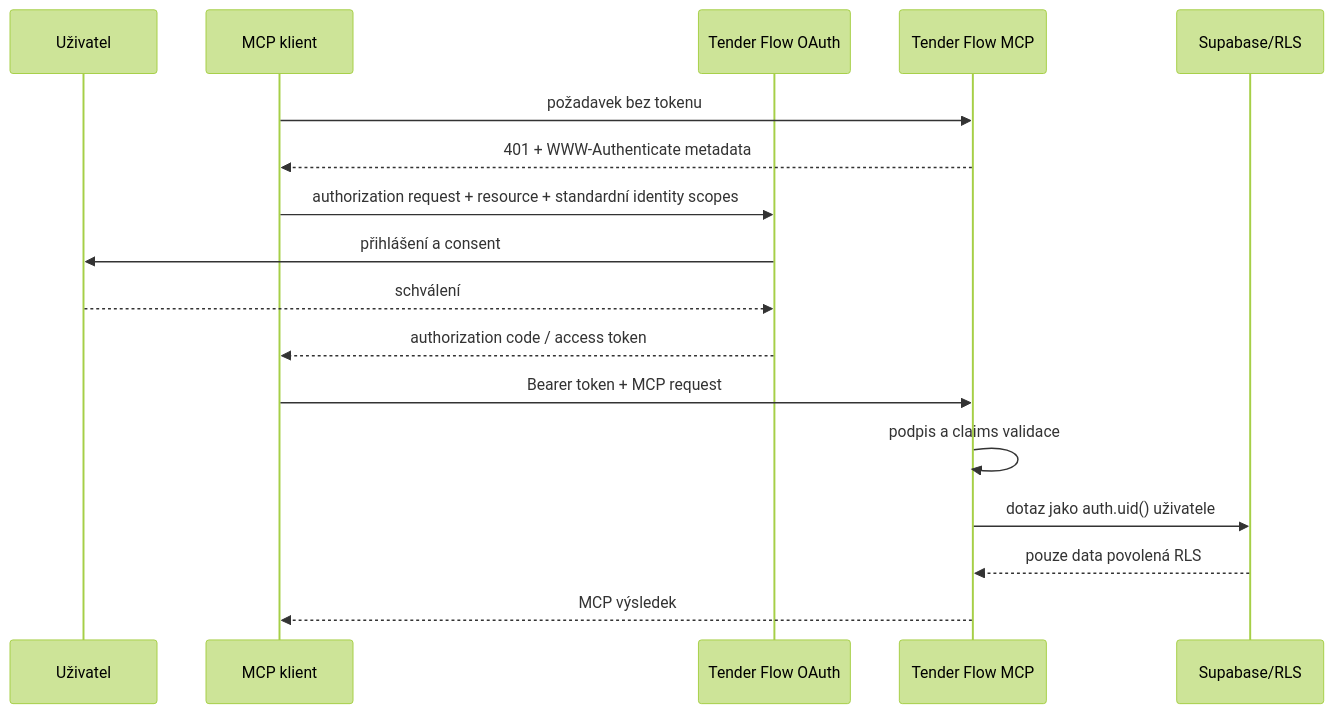
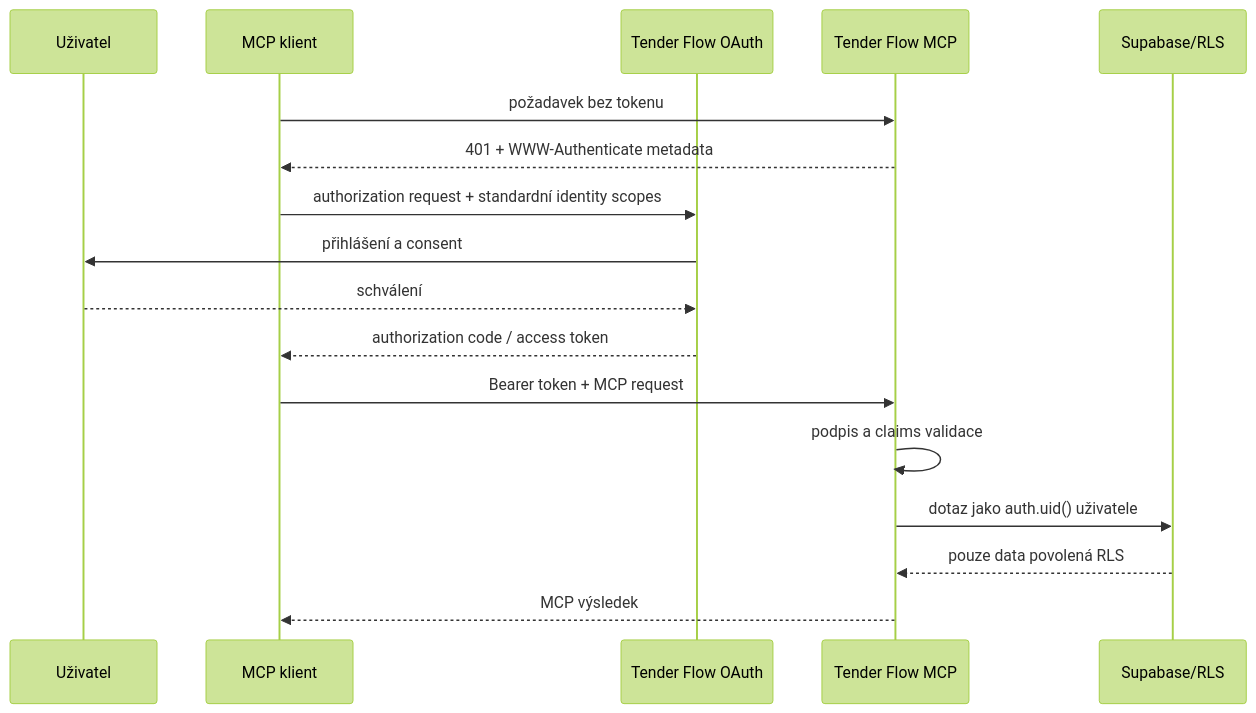
One commit to Martin82K/Tender-Flow changed the diagram in docs/mcp/authentication.md. Above: the diagram before and after it, drawn with Mermaid (forest theme). The commit also changed other lines of this file and 7 other files, not shown here.

````diff
--- a/docs/mcp/authentication.md
+++ b/docs/mcp/authentication.md
@@ -13,19 +13,19 @@
 ```mermaid
 sequenceDiagram
   participant U as Uživatel
   participant C as MCP klient
   participant O as Tender Flow OAuth
   participant M as Tender Flow MCP
   participant D as Supabase/RLS
   C->>M: požadavek bez tokenu
   M-->>C: 401 + WWW-Authenticate metadata
-  C->>O: authorization request + resource + standardní identity scopes
+  C->>O: authorization request + standardní identity scopes
   O->>U: přihlášení a consent
   U-->>O: schválení
   O-->>C: authorization code / access token
   C->>M: Bearer token + MCP request
   M->>M: podpis a claims validace
   M->>D: dotaz jako auth.uid() uživatele
   D-->>M: pouze data povolená RLS
   M-->>C: MCP výsledek
 ```
````
